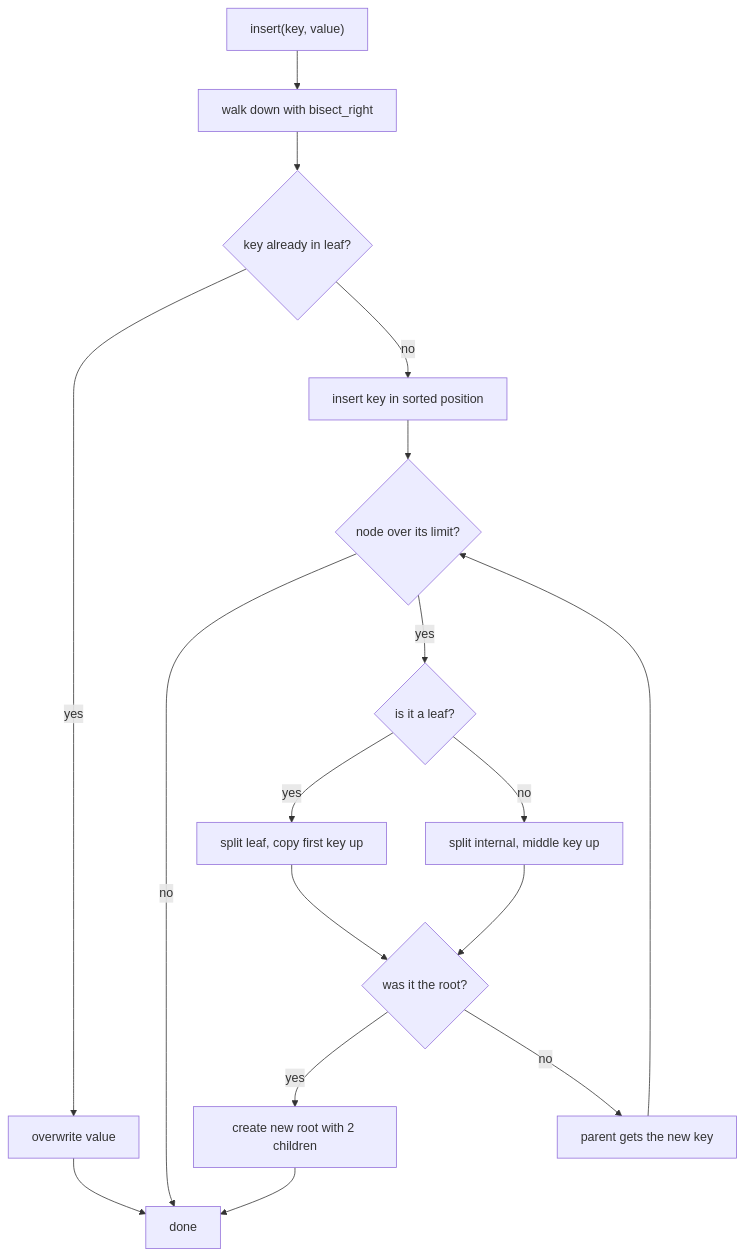
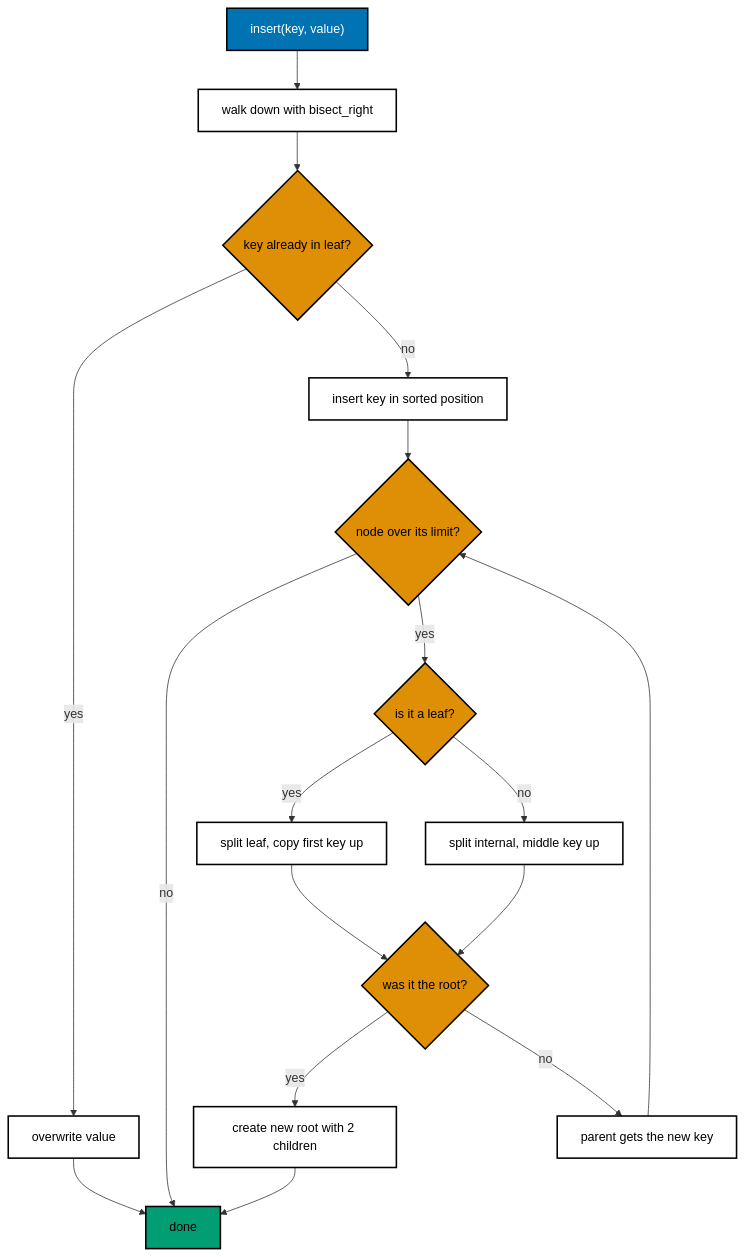
Before and after one commit to wahidyankf/grind-in-public: the first of 2 diagrams in drill/system-design-algos/in-python/algo_02_b_plus_tree.md, drawn with Mermaid. The commit also changed other lines of this file and 22 other files, not shown here.

First line of the commit message:
docs: use accessible palette in mermaid diagrams

````diff
--- a/drill/system-design-algos/in-python/algo_02_b_plus_tree.md
+++ b/drill/system-design-algos/in-python/algo_02_b_plus_tree.md
@@ -34,23 +34,30 @@
 ```mermaid
 flowchart TD
   accTitle: B+ tree insert
   accDescr {
     Shows how insert walks down, then splits each node that is too full and passes its middle key up.
   }
   A["insert(key, value)"] --> B["walk down with bisect_right"]
   B --> C{"key already in leaf?"}
   C -->|yes| D["overwrite value"]
   D --> Z["done"]
   C -->|no| E["insert key in sorted position"]
   E --> F{"node over its limit?"}
   F -->|no| Z
   F -->|yes| G{"is it a leaf?"}
   G -->|yes| L["split leaf, copy first key up"]
   G -->|no| N["split internal, middle key up"]
   L --> H{"was it the root?"}
   N --> H
   H -->|yes| I["create new root with 2 children"]
   I --> Z
   H -->|no| J["parent gets the new key"]
   J --> F
+  classDef default fill:#FFFFFF,stroke:#000000,color:#000000,stroke-width:2px
+  classDef blue fill:#0173B2,stroke:#000000,color:#FFFFFF,stroke-width:2px
+  classDef orange fill:#DE8F05,stroke:#000000,color:#000000,stroke-width:2px
+  classDef teal fill:#029E73,stroke:#000000,color:#000000,stroke-width:2px
+  class C,F,G,H orange
+  class A blue
+  class Z teal
 ```
````
